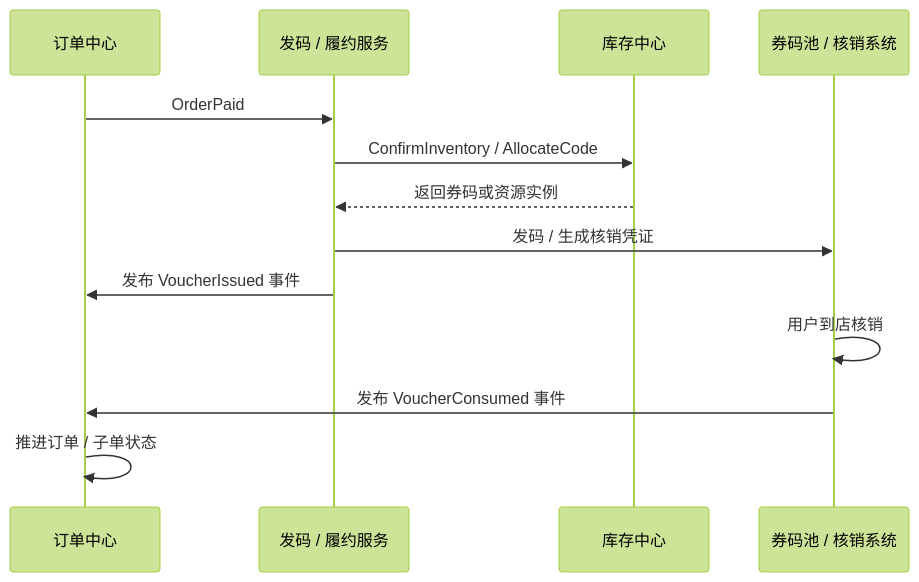
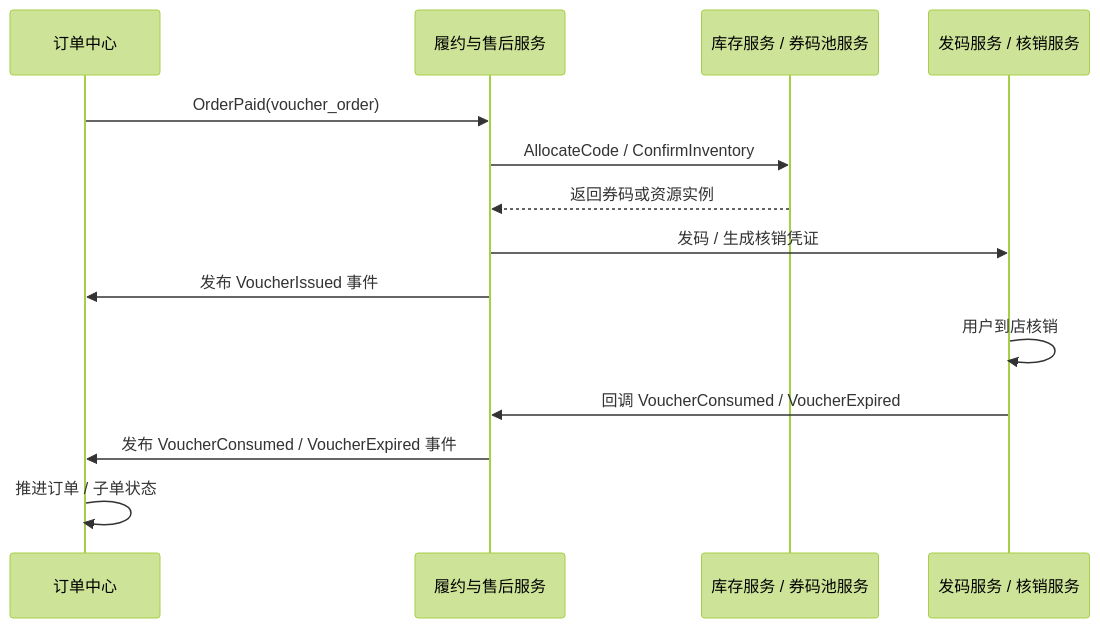
Diagram 13 of 14 in books/system-design-architecture-book/src/part02/13-ecommerce-customer-lifecycle.md (wxquare/wxquare.github.io), drawn with Mermaid (forest theme) before and after one commit. The commit also changed other lines of this file, not shown here.

Commit message:
add code

````diff
--- a/books/system-design-architecture-book/src/part02/13-ecommerce-customer-lifecycle.md
+++ b/books/system-design-architecture-book/src/part02/13-ecommerce-customer-lifecycle.md
@@ -2145,16 +2303,17 @@
 ```mermaid
 sequenceDiagram
     participant O as 订单中心
-    participant F as 发码 / 履约服务
-    participant IV as 库存中心
-    participant V as 券码池 / 核销系统
+    participant FA as 履约与售后服务
+    participant IV as 库存服务 / 券码池服务
+    participant V as 发码服务 / 核销服务
 
-    O->>F: OrderPaid
-    F->>IV: ConfirmInventory / AllocateCode
-    IV-->>F: 返回券码或资源实例
-    F->>V: 发码 / 生成核销凭证
-    F->>O: 发布 VoucherIssued 事件
+    O->>FA: OrderPaid(voucher_order)
+    FA->>IV: AllocateCode / ConfirmInventory
+    IV-->>FA: 返回券码或资源实例
+    FA->>V: 发码 / 生成核销凭证
+    FA->>O: 发布 VoucherIssued 事件
     V->>V: 用户到店核销
-    V->>O: 发布 VoucherConsumed 事件
+    V->>FA: 回调 VoucherConsumed / VoucherExpired
+    FA->>O: 发布 VoucherConsumed / VoucherExpired 事件
     O->>O: 推进订单 / 子单状态
 ```
````
